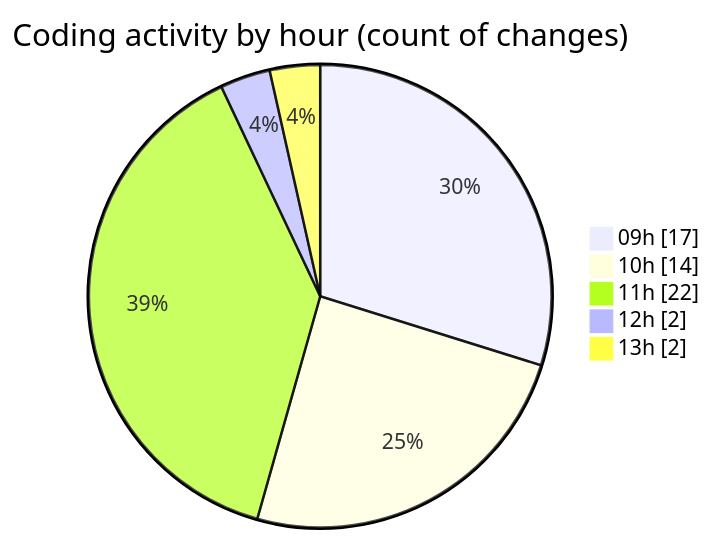
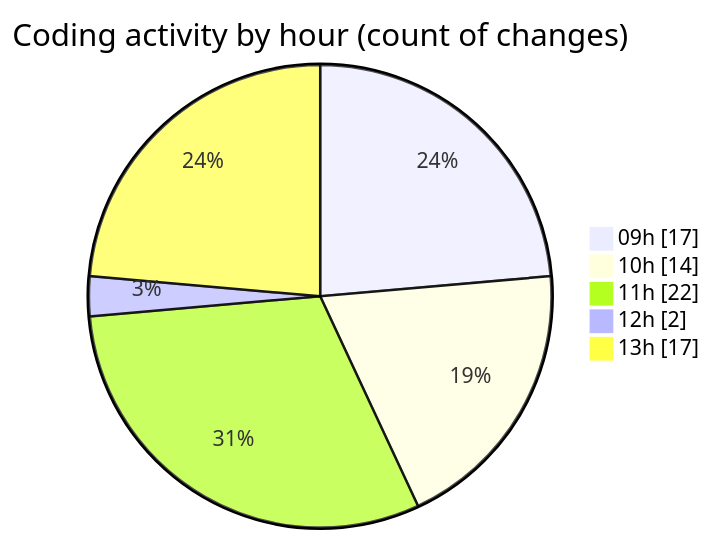
One commit to momahboobian/code-tracking changed the second of 2 diagrams in 2026-04-28/cda/README.md. Above: the diagram before and after it, drawn with Mermaid. The commit also changed other lines of this file and 1 other file, not shown here.

````diff
--- a/2026-04-28/cda/README.md
+++ b/2026-04-28/cda/README.md
@@ -48,9 +55,9 @@
 ```mermaid
 pie showData
 title Coding activity by hour (count of changes)
 "09h" : 17
 "10h" : 14
 "11h" : 22
 "12h" : 2
-"13h" : 2
+"13h" : 17
 ```
````
